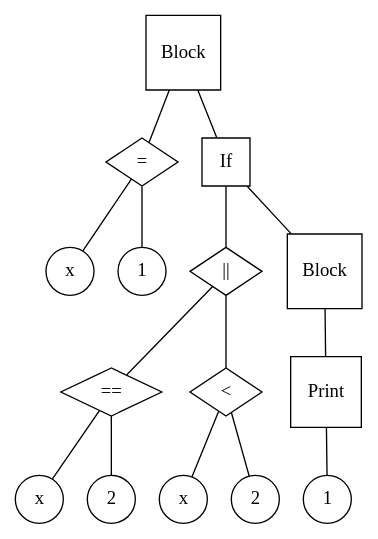
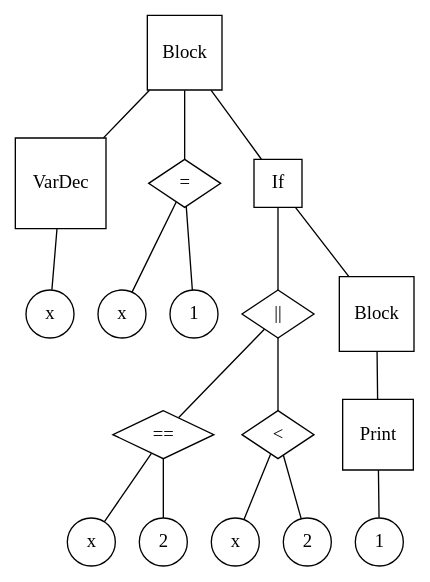
Before and after one commit to cemmanuelsr/compiler: the diagram in graphs/dot/test_19.dot, drawn with Graphviz. The commit also changed 28 other files, not shown here.

```diff
--- a/graphs/dot/test_19.dot
+++ b/graphs/dot/test_19.dot
@@ -1,32 +1,36 @@
 graph g {
 n0 [label = "Block", shape="square"]
-n1 [label = "x", shape="circle"]
-n2 [label = "=", shape="diamond"]
-n3 [label = "1", shape="circle"]
-n4 [label = "If", shape="square"]
-n5 [label = "x", shape="circle"]
-n6 [label = "==", shape="diamond"]
-n7 [label = "2", shape="circle"]
-n8 [label = "||", shape="diamond"]
-n9 [label = "x", shape="circle"]
-n10 [label = "<", shape="diamond"]
-n11 [label = "2", shape="circle"]
-n12 [label = "Block", shape="square"]
-n13 [label = "Print", shape="square"]
-n14 [label = "1", shape="circle"]
+n1 [label = "VarDec", shape="square"]
+n2 [label = "x", shape="circle"]
+n3 [label = "x", shape="circle"]
+n4 [label = "=", shape="diamond"]
+n5 [label = "1", shape="circle"]
+n6 [label = "If", shape="square"]
+n7 [label = "x", shape="circle"]
+n8 [label = "==", shape="diamond"]
+n9 [label = "2", shape="circle"]
+n10 [label = "||", shape="diamond"]
+n11 [label = "x", shape="circle"]
+n12 [label = "<", shape="diamond"]
+n13 [label = "2", shape="circle"]
+n14 [label = "Block", shape="square"]
+n15 [label = "Print", shape="square"]
+n16 [label = "1", shape="circle"]
 
-"n2" -- "n1"
-"n2" -- "n3"
-"n0" -- "n2"
-"n6" -- "n5"
-"n6" -- "n7"
-"n8" -- "n6"
-"n10" -- "n9"
-"n10" -- "n11"
-"n8" -- "n10"
-"n4" -- "n8"
-"n13" -- "n14"
+"n1" -- "n2"
+"n0" -- "n1"
+"n4" -- "n3"
+"n4" -- "n5"
+"n0" -- "n4"
+"n8" -- "n7"
+"n8" -- "n9"
+"n10" -- "n8"
+"n12" -- "n11"
 "n12" -- "n13"
-"n4" -- "n12"
-"n0" -- "n4"
+"n10" -- "n12"
+"n6" -- "n10"
+"n15" -- "n16"
+"n14" -- "n15"
+"n6" -- "n14"
+"n0" -- "n6"
 }
```
